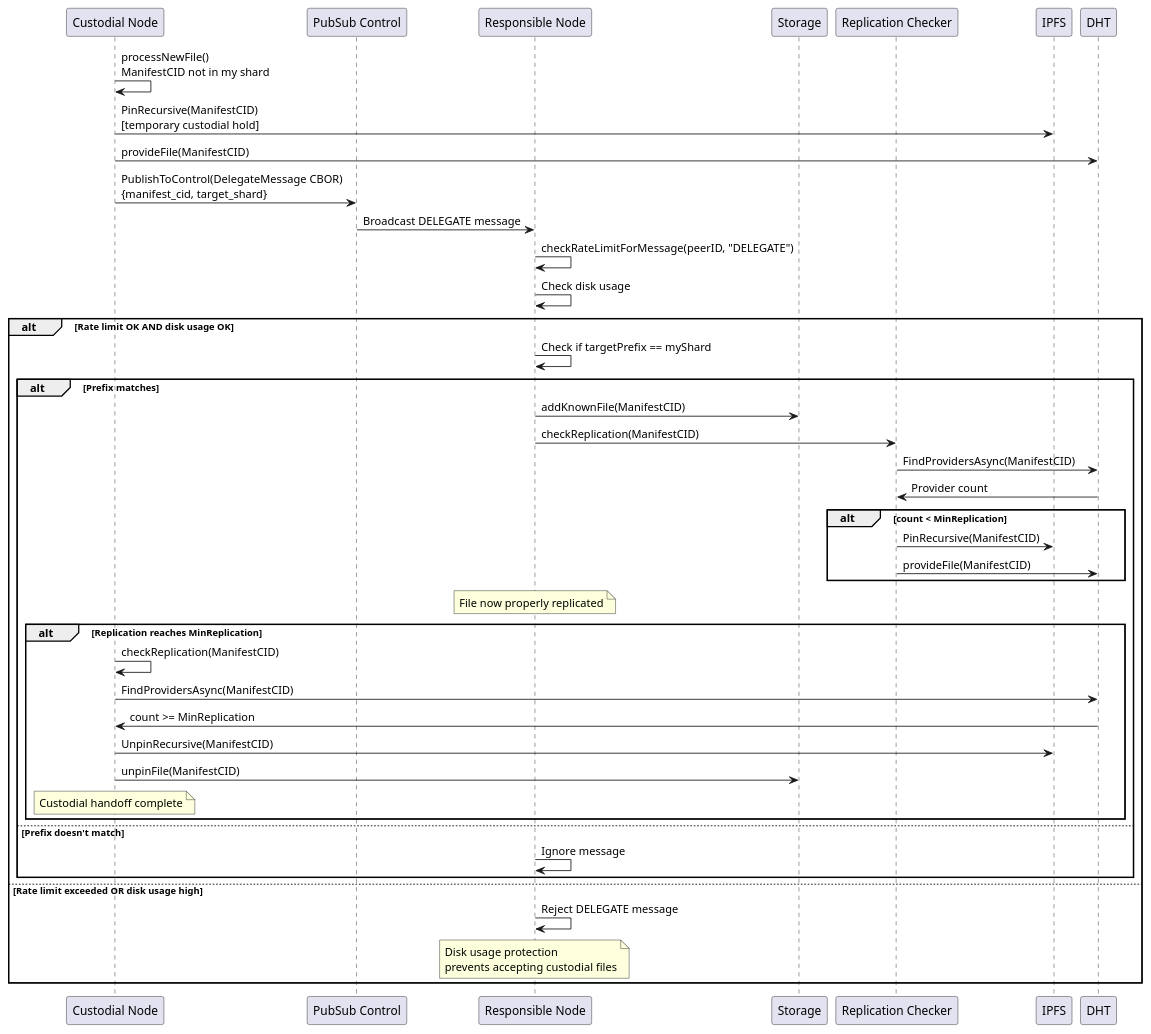
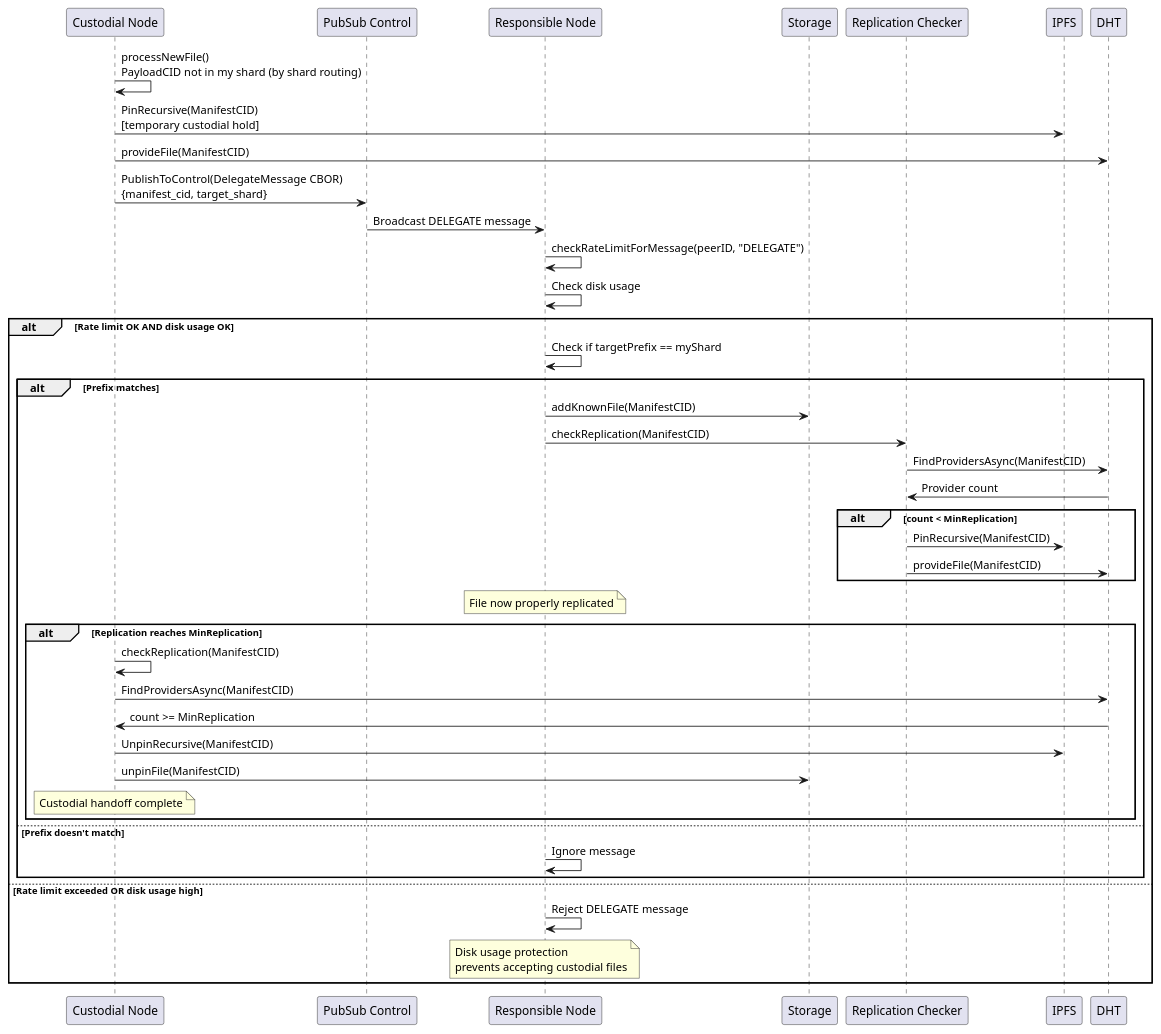
One commit to gipplab/D-LOCKSS changed the diagram in docs/delegation_sequence.puml. Above: the diagram before and after it, drawn with PlantUML. The commit also changed 16 other files, not shown here.

Commit message:
shard assignment by payloadcid not manifestcid (still both get stored in the same shard)

```diff
--- a/docs/delegation_sequence.puml
+++ b/docs/delegation_sequence.puml
@@ -1,52 +1,52 @@
 @startuml Delegation Sequence
 
 participant "Custodial Node" as Custodial
 participant "PubSub Control" as Control
 participant "Responsible Node" as Responsible
 participant "Storage" as Storage
 participant "Replication Checker" as ReplChecker
 participant "IPFS" as IPFS
 participant "DHT" as DHT
 
-Custodial -> Custodial: processNewFile()\nManifestCID not in my shard
+Custodial -> Custodial: processNewFile()\nPayloadCID not in my shard (by shard routing)
 Custodial -> IPFS: PinRecursive(ManifestCID)\n[temporary custodial hold]
 Custodial -> DHT: provideFile(ManifestCID)
 Custodial -> Control: PublishToControl(DelegateMessage CBOR)\n{manifest_cid, target_shard}
 
 Control -> Responsible: Broadcast DELEGATE message
 Responsible -> Responsible: checkRateLimitForMessage(peerID, "DELEGATE")
 Responsible -> Responsible: Check disk usage
 
 alt Rate limit OK AND disk usage OK
     Responsible -> Responsible: Check if targetPrefix == myShard
     
     alt Prefix matches
     Responsible -> Storage: addKnownFile(ManifestCID)
     Responsible -> ReplChecker: checkReplication(ManifestCID)
     ReplChecker -> DHT: FindProvidersAsync(ManifestCID)
     DHT -> ReplChecker: Provider count
     
     alt count < MinReplication
         ReplChecker -> IPFS: PinRecursive(ManifestCID)
         ReplChecker -> DHT: provideFile(ManifestCID)
     end
     
     Note over Responsible: File now properly replicated
     
     alt Replication reaches MinReplication
         Custodial -> Custodial: checkReplication(ManifestCID)
         Custodial -> DHT: FindProvidersAsync(ManifestCID)
         DHT -> Custodial: count >= MinReplication
         Custodial -> IPFS: UnpinRecursive(ManifestCID)
         Custodial -> Storage: unpinFile(ManifestCID)
         Note over Custodial: Custodial handoff complete
     end
     else Prefix doesn't match
         Responsible -> Responsible: Ignore message
     end
 else Rate limit exceeded OR disk usage high
     Responsible -> Responsible: Reject DELEGATE message
     Note over Responsible: Disk usage protection\nprevents accepting custodial files
 end
 
 @enduml
```
